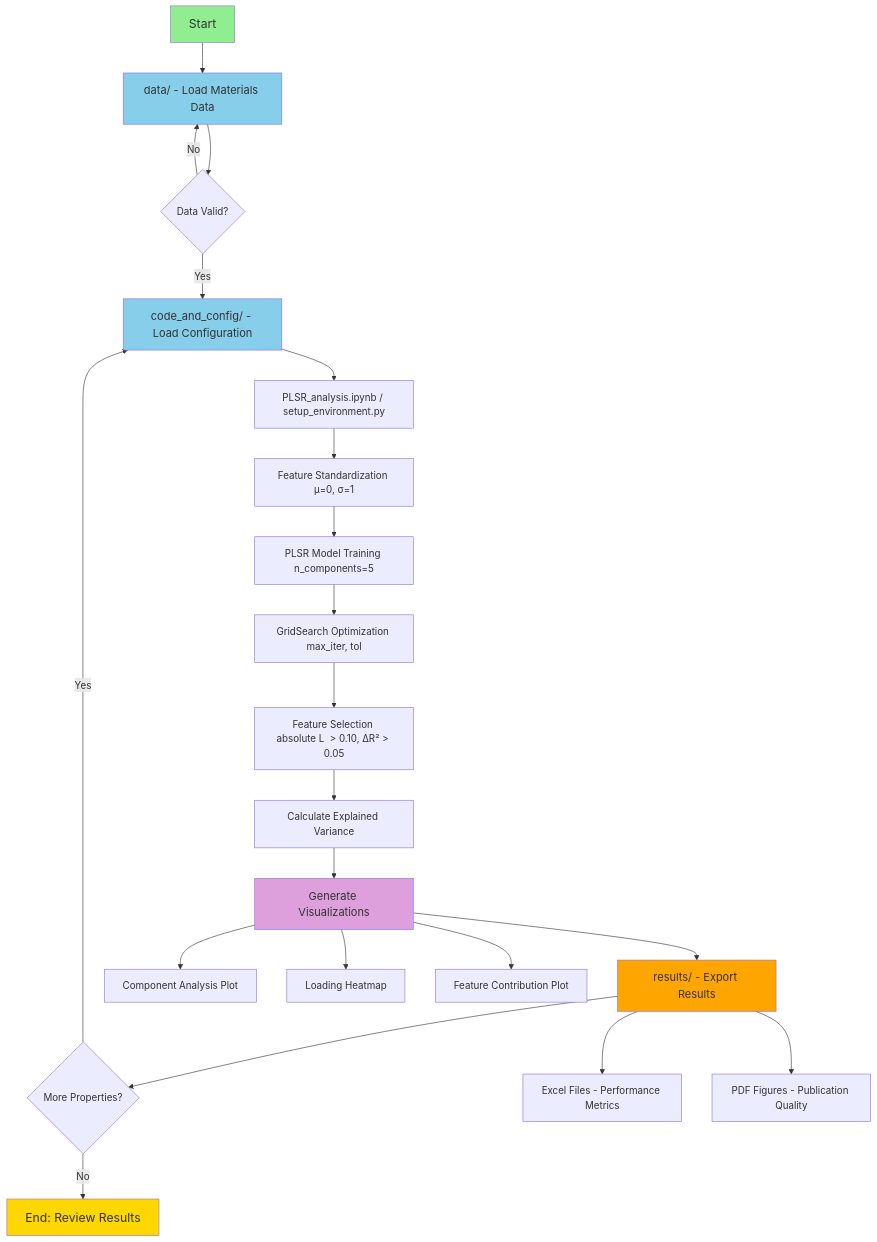
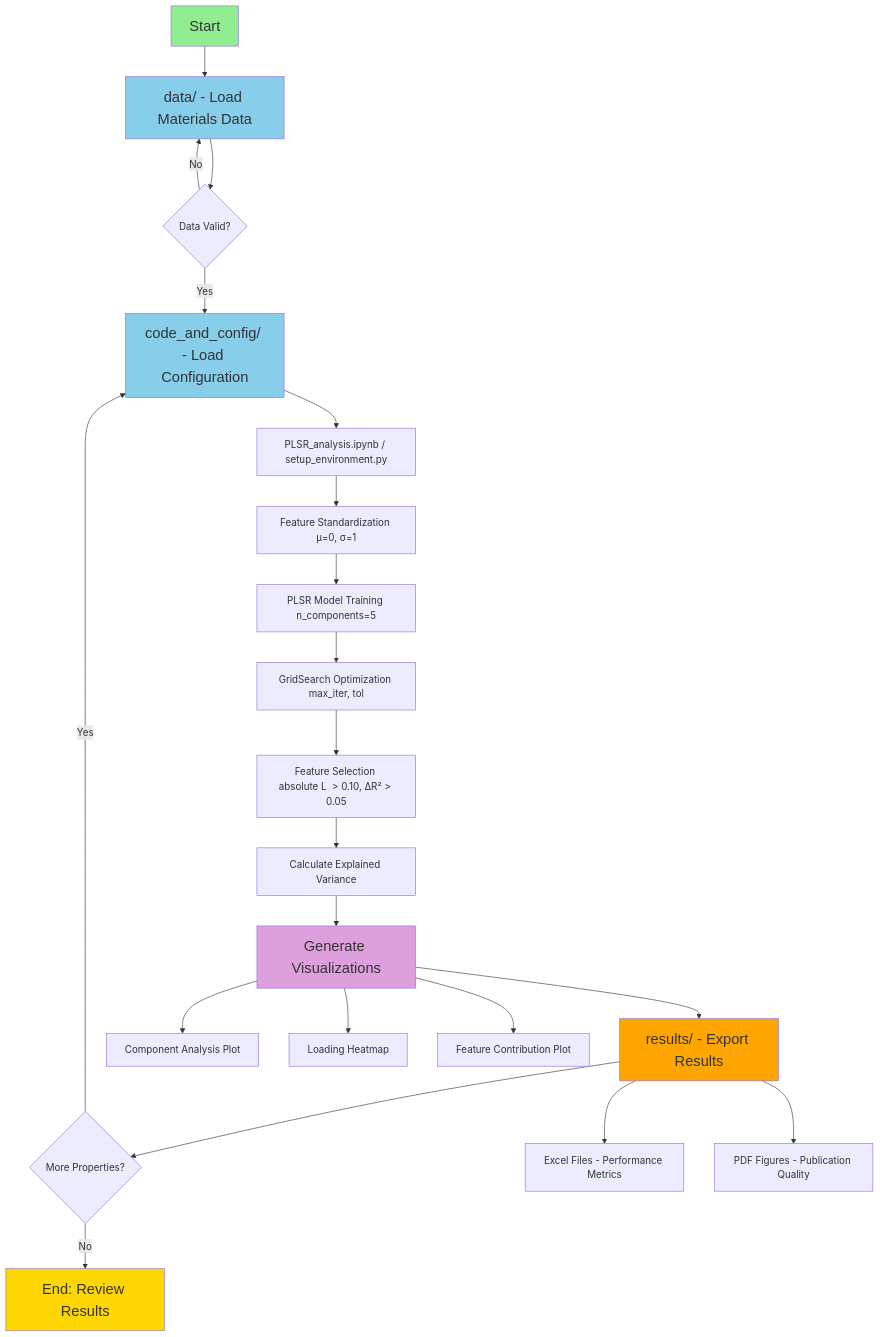
Before and after one commit to Shaswat-qm-researcher/Physics-Informed-Symbolic-Regression-for-Phonon-Related-Property-Prediction-and-Materials-Discovery: the diagram in plsr_feature_selection/README.md, drawn with Mermaid.

````diff
--- a/plsr_feature_selection/README.md
+++ b/plsr_feature_selection/README.md
@@ -24,32 +24,32 @@
 ```mermaid
 flowchart TD
     A[Start] --> B[data/ - Load Materials Data]
     B --> C{Data Valid?}
     C -->|No| B
     C -->|Yes| D[code_and_config/ - Load Configuration]
     D --> E[PLSR_analysis.ipynb / setup_environment.py]
     E --> F[Feature Standardization μ=0, σ=1]
     F --> G[PLSR Model Training n_components=5]
     G --> H[GridSearch Optimization max_iter, tol]
     H --> I[Feature Selection absolute L  > 0.10, ΔR² > 0.05]
     I --> J[Calculate Explained Variance]
     J --> K[Generate Visualizations]
     K --> L[results/ - Export Results]
     L --> M{More Properties?}
     M -->|Yes| D
     M -->|No| N[End: Review Results]
     
     K --> K1[Component Analysis Plot]
     K --> K2[Loading Heatmap]
     K --> K3[Feature Contribution Plot]
     
     L --> L1[Excel Files - Performance Metrics]
     L --> L2[PDF Figures - Publication Quality]
 
-style A fill:#90EE90, font-size:20px
-style N fill:#FFD700, font-size:20px
-style B fill:#87CEEB, font-size:18px
-style D fill:#87CEEB, font-size:18px
-style L fill:#FFA500, font-size:18px
-style K fill:#DDA0DD, font-size:18px
+style A fill:#90EE90, font-size:24px, font-family:Arial
+style N fill:#FFD700, font-size:24px, font-family:Arial
+style B fill:#87CEEB, font-size:24px, font-family:Arial
+style D fill:#87CEEB, font-size:24px, font-family:Arial
+style L fill:#FFA500, font-size:24px, font-family:Arial
+style K fill:#DDA0DD, font-size:24px, font-family:Arial
 ```
````
